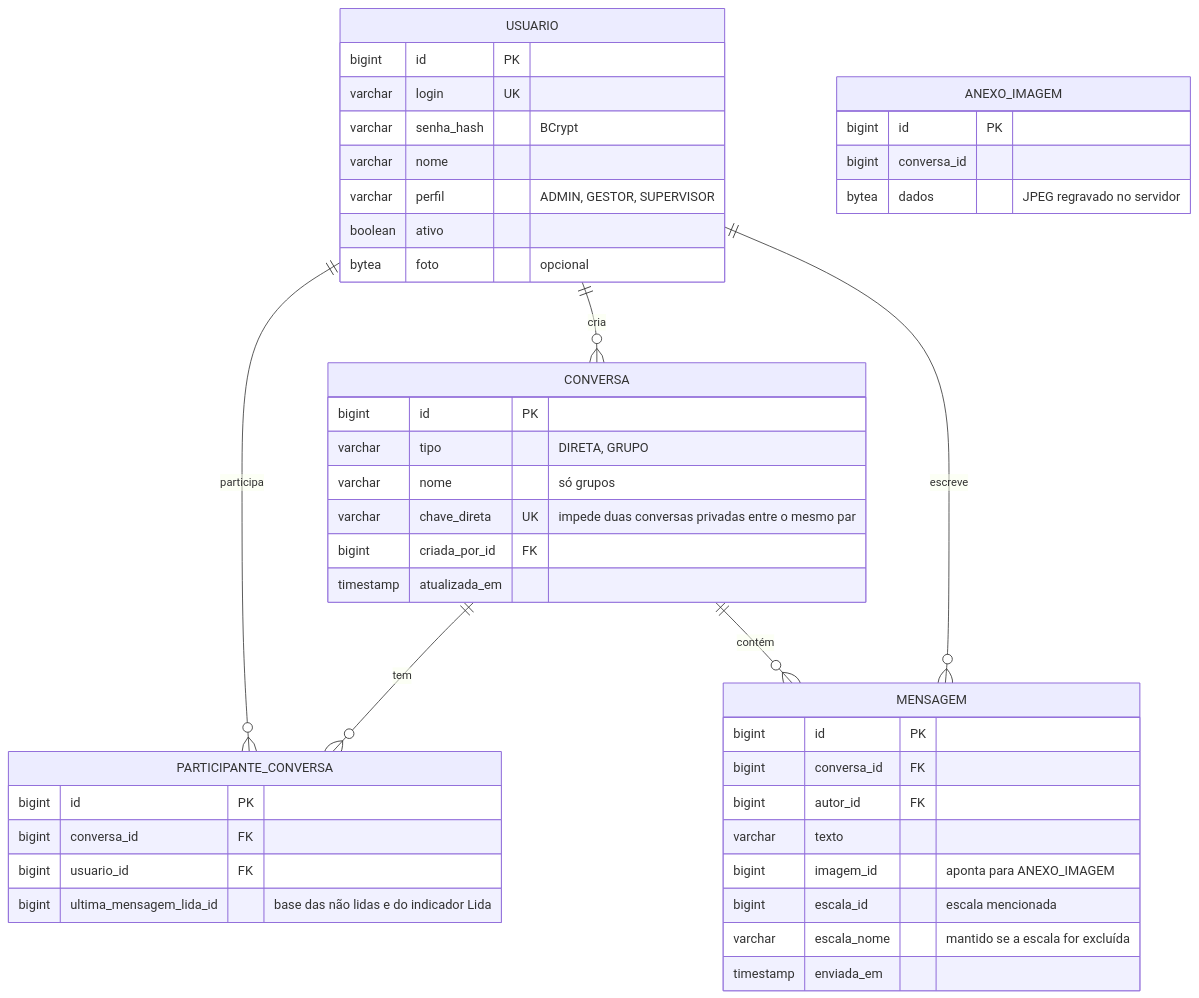
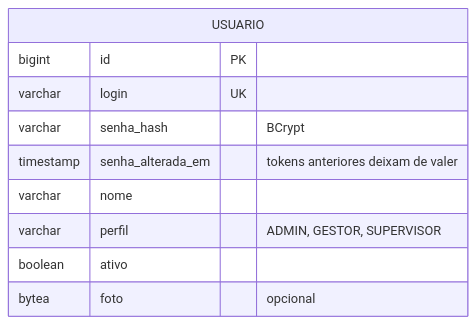
The third of 3 diagrams in docs/modelo-de-dados.md (GabrielCoelhom12/TCC-MERCADO-COELHO), drawn with Mermaid before and after one commit. The commit also changed other lines of this file and 49 other files, not shown here.

````diff
--- a/docs/modelo-de-dados.md
+++ b/docs/modelo-de-dados.md
@@ -155,47 +155,13 @@
 ```mermaid
 erDiagram
-    USUARIO ||--o{ PARTICIPANTE_CONVERSA : "participa"
-    CONVERSA ||--o{ PARTICIPANTE_CONVERSA : "tem"
-    CONVERSA ||--o{ MENSAGEM : "contém"
-    USUARIO ||--o{ MENSAGEM : "escreve"
-    USUARIO ||--o{ CONVERSA : "cria"
-
     USUARIO {
         bigint id PK
         varchar login UK
         varchar senha_hash "BCrypt"
+        timestamp senha_alterada_em "tokens anteriores deixam de valer"
         varchar nome
         varchar perfil "ADMIN, GESTOR, SUPERVISOR"
         boolean ativo
         bytea foto "opcional"
     }
-    CONVERSA {
-        bigint id PK
-        varchar tipo "DIRETA, GRUPO"
-        varchar nome "só grupos"
-        varchar chave_direta UK "impede duas conversas privadas entre o mesmo par"
-        bigint criada_por_id FK
-        timestamp atualizada_em
-    }
-    PARTICIPANTE_CONVERSA {
-        bigint id PK
-        bigint conversa_id FK
-        bigint usuario_id FK
-        bigint ultima_mensagem_lida_id "base das não lidas e do indicador Lida"
-    }
-    MENSAGEM {
-        bigint id PK
-        bigint conversa_id FK
-        bigint autor_id FK
-        varchar texto
-        bigint imagem_id "aponta para ANEXO_IMAGEM"
-        bigint escala_id "escala mencionada"
-        varchar escala_nome "mantido se a escala for excluída"
-        timestamp enviada_em
-    }
-    ANEXO_IMAGEM {
-        bigint id PK
-        bigint conversa_id
-        bytea dados "JPEG regravado no servidor"
-    }
 ```
````
